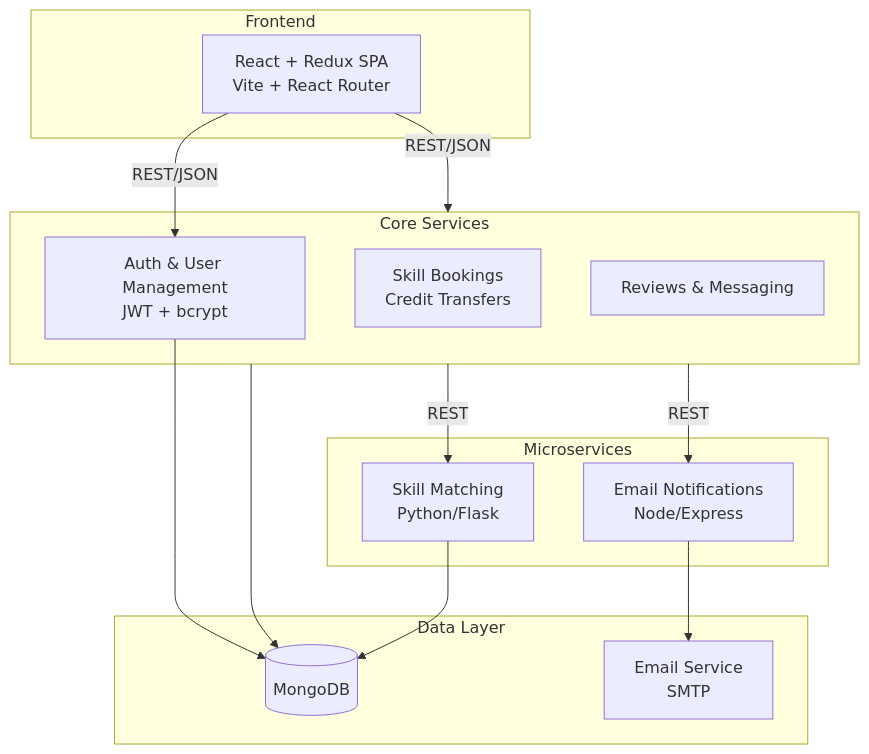
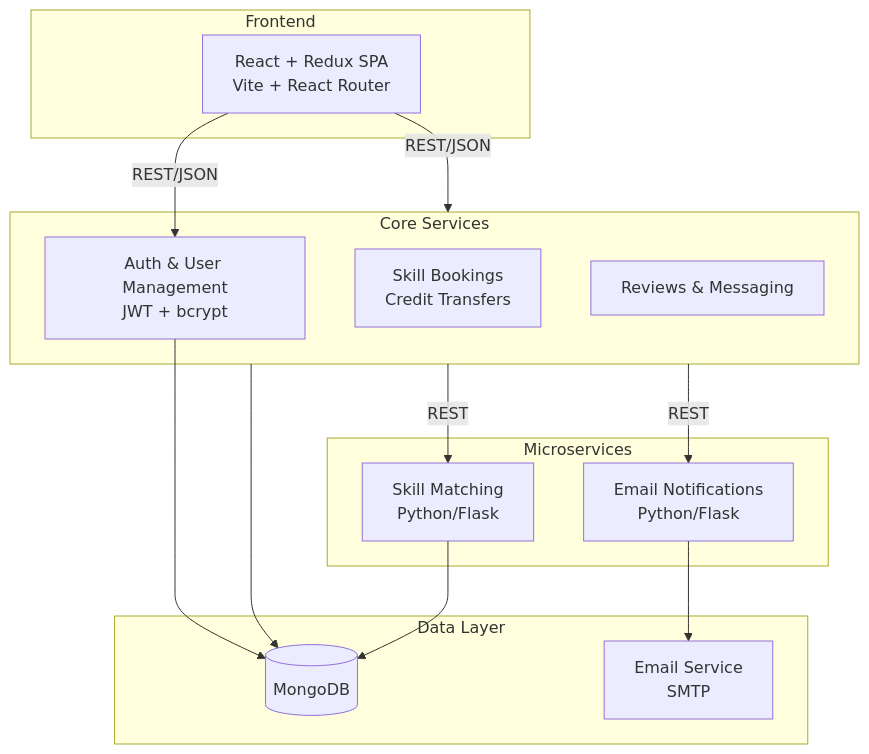
One commit to eeemrann/skillswap changed the diagram in README.md. Above: the diagram before and after it, drawn with Mermaid. The commit also changed other lines of this file and 26 other files, not shown here.

Commit message:
git commit -m "Add notifications, reviews, email fixes, and production compatibility updates"

````diff
--- a/README.md
+++ b/README.md
@@ -35,28 +35,28 @@
 ```mermaid
 flowchart TB
     subgraph Client["Frontend"]
         A[React + Redux SPA<br/>Vite + React Router]
     end
     subgraph Services["Core Services"]
         B["Auth & User Management<br/>JWT + bcrypt"]
         C["Skill Bookings<br/>Credit Transfers"]
         D["Reviews & Messaging"]
     end
     subgraph Microservices["Microservices"]
         E["Skill Matching<br/>Python/Flask"]
-        F["Email Notifications<br/>Node/Express"]
+        F["Email Notifications<br/>Python/Flask"]
     end
     subgraph Data["Data Layer"]
         G[(MongoDB)]
         H["Email Service<br/>SMTP"]
     end
 
     A -->|REST/JSON| B
     A -->|REST/JSON| Services
     B --> G
     Services --> G
     Services -->|REST| E
     E --> G
     Services -->|REST| F
     F --> H
 ```
````
